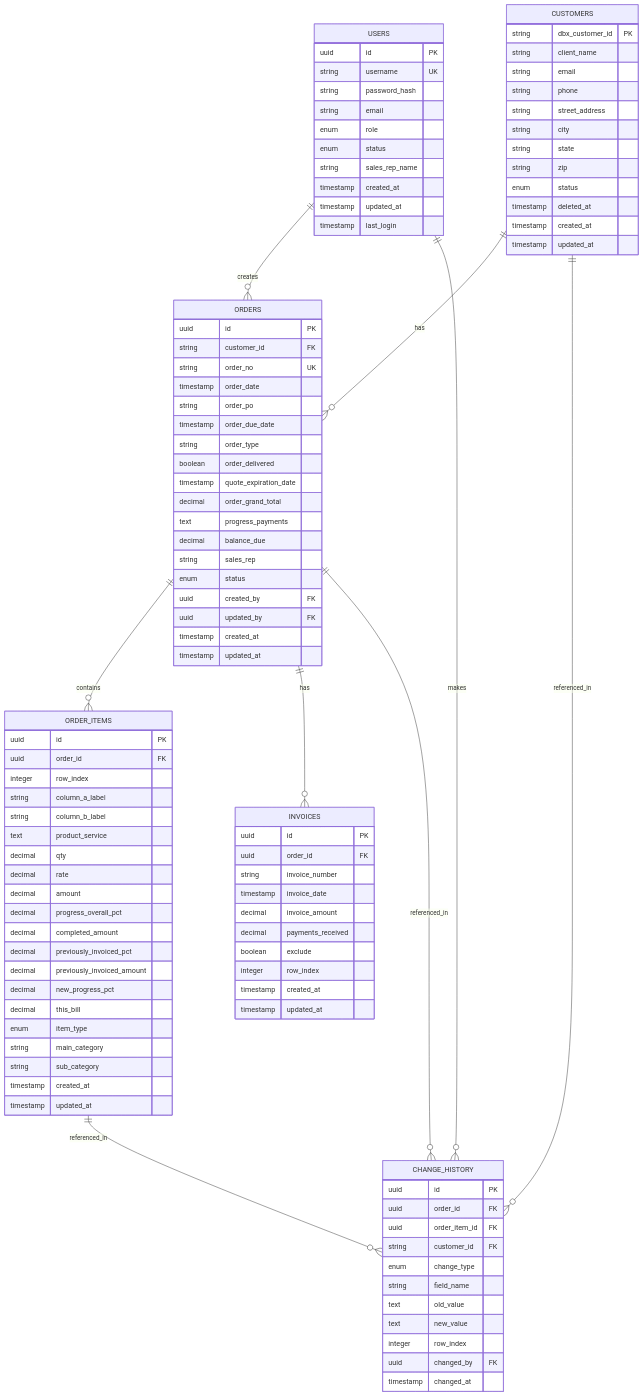
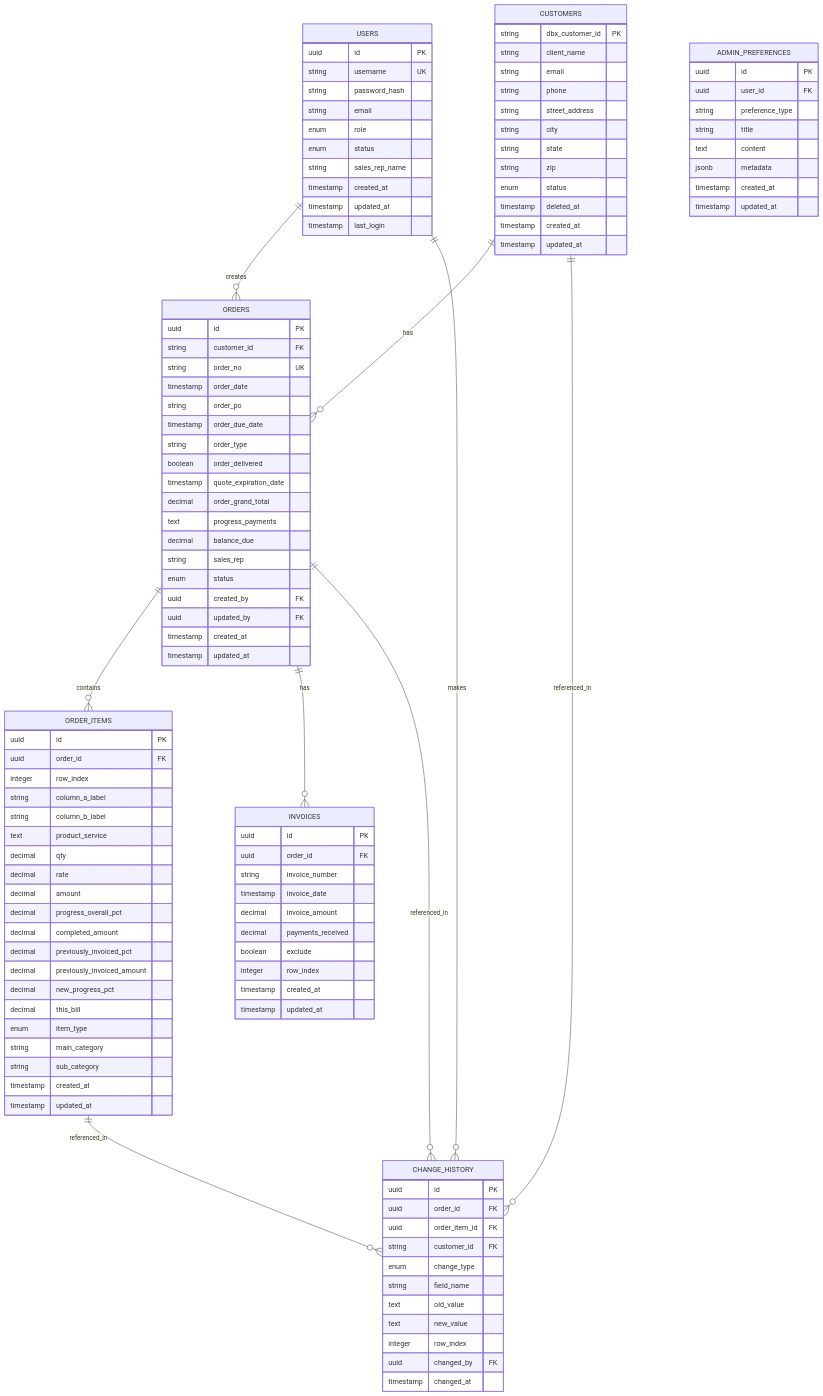
Before and after one commit to blastheart1/signed-contract-parser: the second of 2 diagrams in README.md, drawn with Mermaid. The commit also changed other lines of this file and 40 other files, not shown here.

````diff
--- a/README.md
+++ b/README.md
@@ -333,4 +350,15 @@
         uuid changed_by FK
         timestamp changed_at
     }
+
+    ADMIN_PREFERENCES {
+        uuid id PK
+        uuid user_id FK
+        string preference_type
+        string title
+        text content
+        jsonb metadata
+        timestamp created_at
+        timestamp updated_at
+    }
 ```
````
